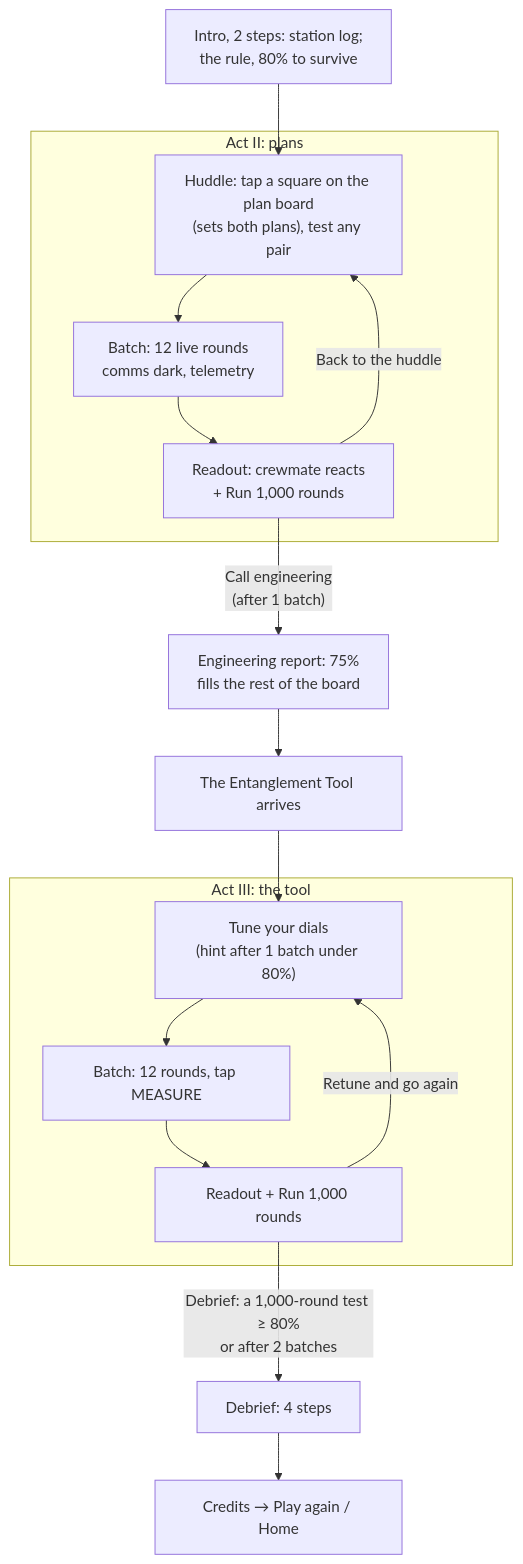
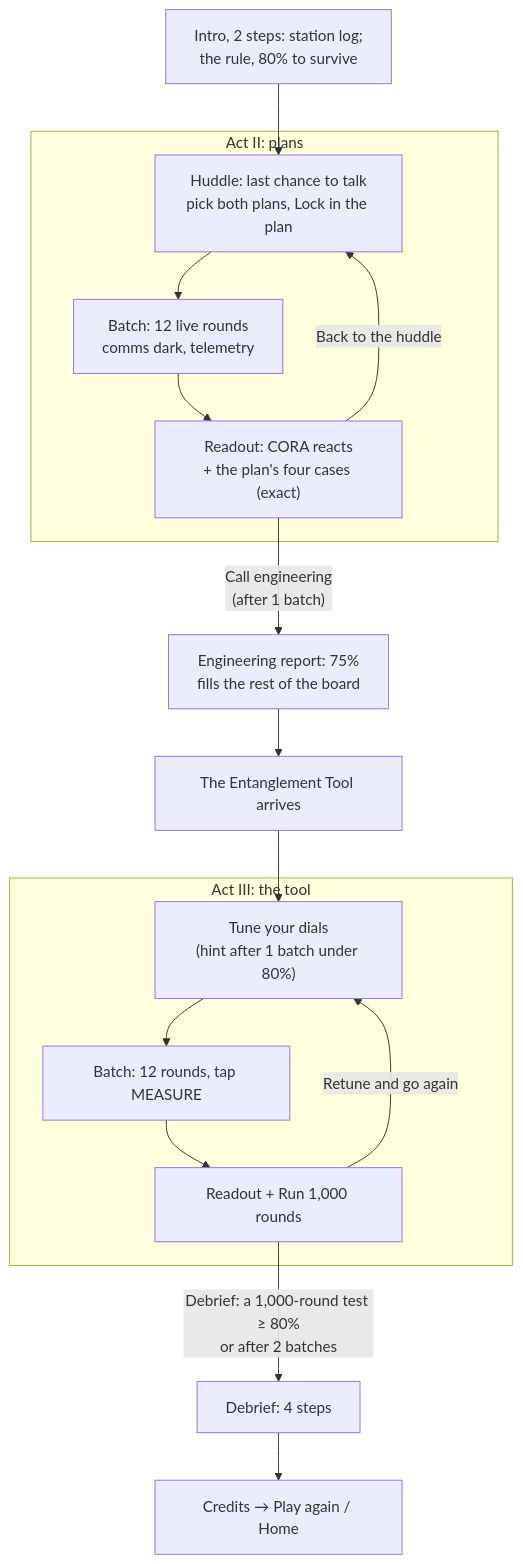
One commit to PlayableStories/quantum-crew changed the diagram in README.md. Above: the diagram before and after it, drawn with Mermaid. The commit also changed other lines of this file and 23 other files, not shown here.

First line of the commit message:
CORA, Phase 2: Act II flow

````diff
--- a/README.md
+++ b/README.md
@@ -46,19 +46,19 @@
 ```mermaid
 flowchart TD
   intro["Intro, 2 steps: station log;<br/>the rule, 80% to survive"] --> plan
   subgraph act2 ["Act II: plans"]
-    plan["Huddle: tap a square on the plan board<br/>(sets both plans), test any pair"] --> batch2["Batch: 12 live rounds<br/>comms dark, telemetry"]
-    batch2 --> read2["Readout: crewmate reacts<br/>+ Run 1,000 rounds"]
+    plan["Huddle: last chance to talk<br/>pick both plans, Lock in the plan"] --> batch2["Batch: 12 live rounds<br/>comms dark, telemetry"]
+    batch2 --> read2["Readout: CORA reacts<br/>+ the plan's four cases (exact)"]
     read2 -- "Back to the huddle" --> plan
   end
   read2 -- "Call engineering<br/>(after 1 batch)" --> ceiling["Engineering report: 75%<br/>fills the rest of the board"]
   ceiling --> tool["The Entanglement Tool arrives"]
   tool --> tune
   subgraph act3 ["Act III: the tool"]
     tune["Tune your dials<br/>(hint after 1 batch under 80%)"] --> batch3["Batch: 12 rounds, tap MEASURE"]
     batch3 --> read3["Readout + Run 1,000 rounds"]
     read3 -- "Retune and go again" --> tune
   end
   read3 -- "Debrief: a 1,000-round test ≥ 80%<br/>or after 2 batches" --> debrief["Debrief: 4 steps"]
   debrief --> credits["Credits → Play again / Home"]
 ```
````
